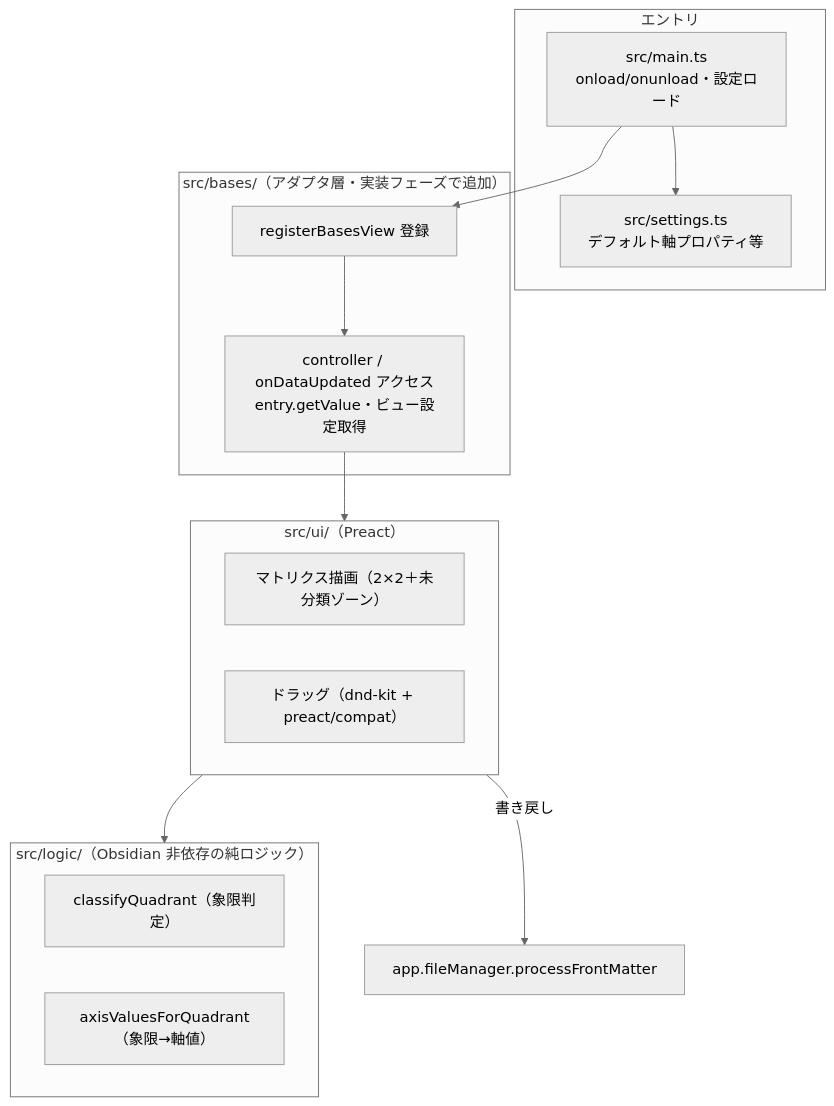
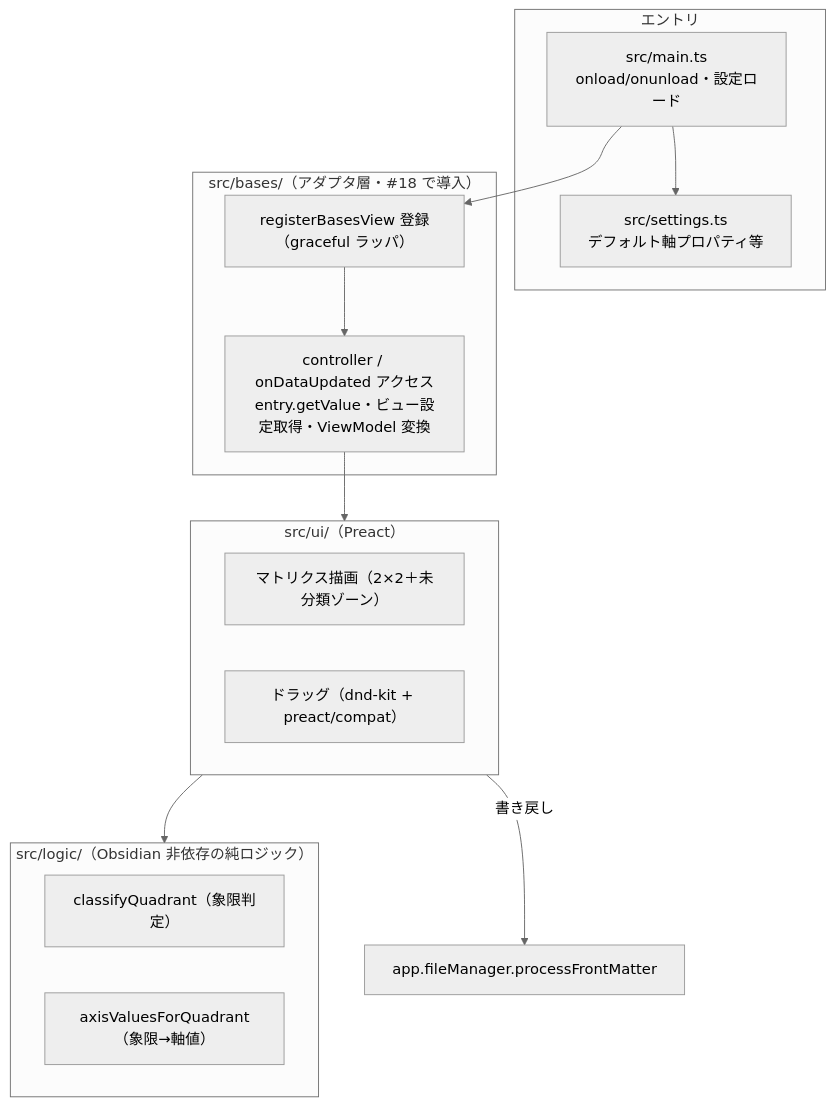
One commit to nakaba-lab/eisenhower-bases-view changed the first of 2 diagrams in docs/design/architecture.md. Above: the diagram before and after it, drawn with Mermaid (neutral theme). The commit also changed other lines of this file and 17 other files, not shown here.

````diff
--- a/docs/design/architecture.md
+++ b/docs/design/architecture.md
@@ -20,26 +20,26 @@
 ```mermaid
 flowchart TD
     subgraph entry[エントリ]
         main["src/main.ts<br/>onload/onunload・設定ロード"]
         settings["src/settings.ts<br/>デフォルト軸プロパティ等"]
     end
-    subgraph adapter["src/bases/（アダプタ層・実装フェーズで追加）"]
-        reg["registerBasesView 登録"]
-        access["controller / onDataUpdated アクセス<br/>entry.getValue・ビュー設定取得"]
+    subgraph adapter["src/bases/（アダプタ層・#18 で導入）"]
+        reg["registerBasesView 登録（graceful ラッパ）"]
+        access["controller / onDataUpdated アクセス<br/>entry.getValue・ビュー設定取得・ViewModel 変換"]
     end
     subgraph ui["src/ui/（Preact）"]
         matrix["マトリクス描画（2×2＋未分類ゾーン）"]
         dnd["ドラッグ（dnd-kit + preact/compat）"]
     end
     subgraph logic["src/logic/（Obsidian 非依存の純ロジック）"]
         classify["classifyQuadrant（象限判定）"]
         axis["axisValuesForQuadrant（象限→軸値）"]
     end
 
     main --> reg
     main --> settings
     reg --> access
     access --> ui
     ui --> logic
     ui -->|書き戻し| fm["app.fileManager.processFrontMatter"]
 ```
````
